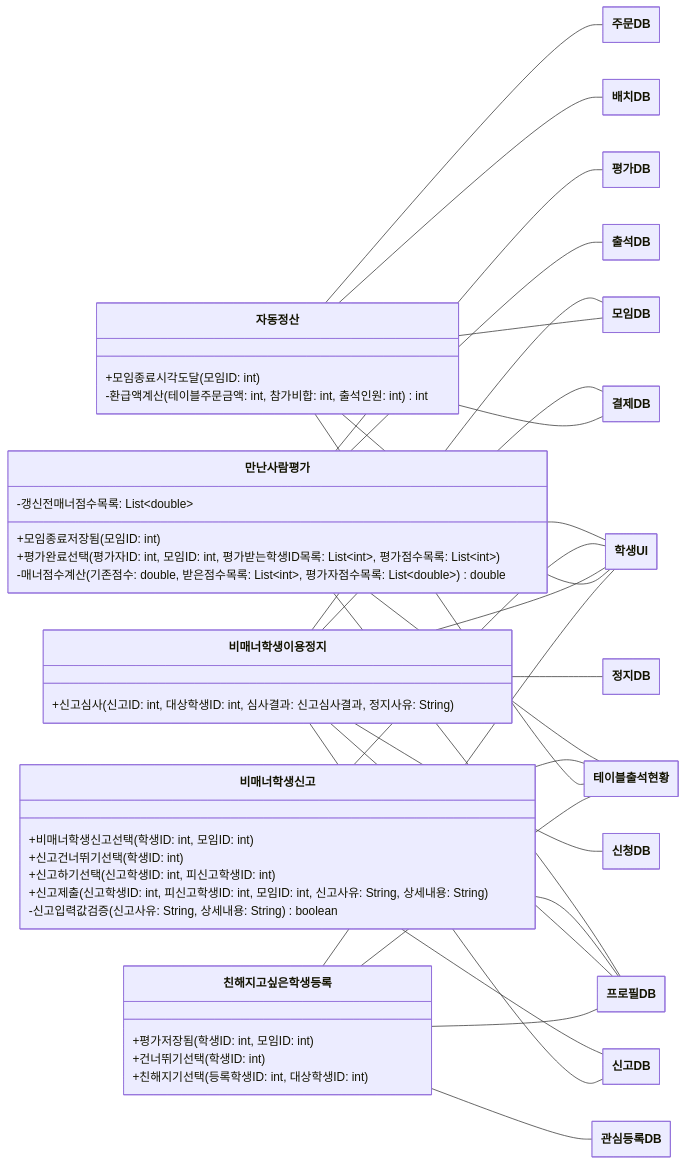
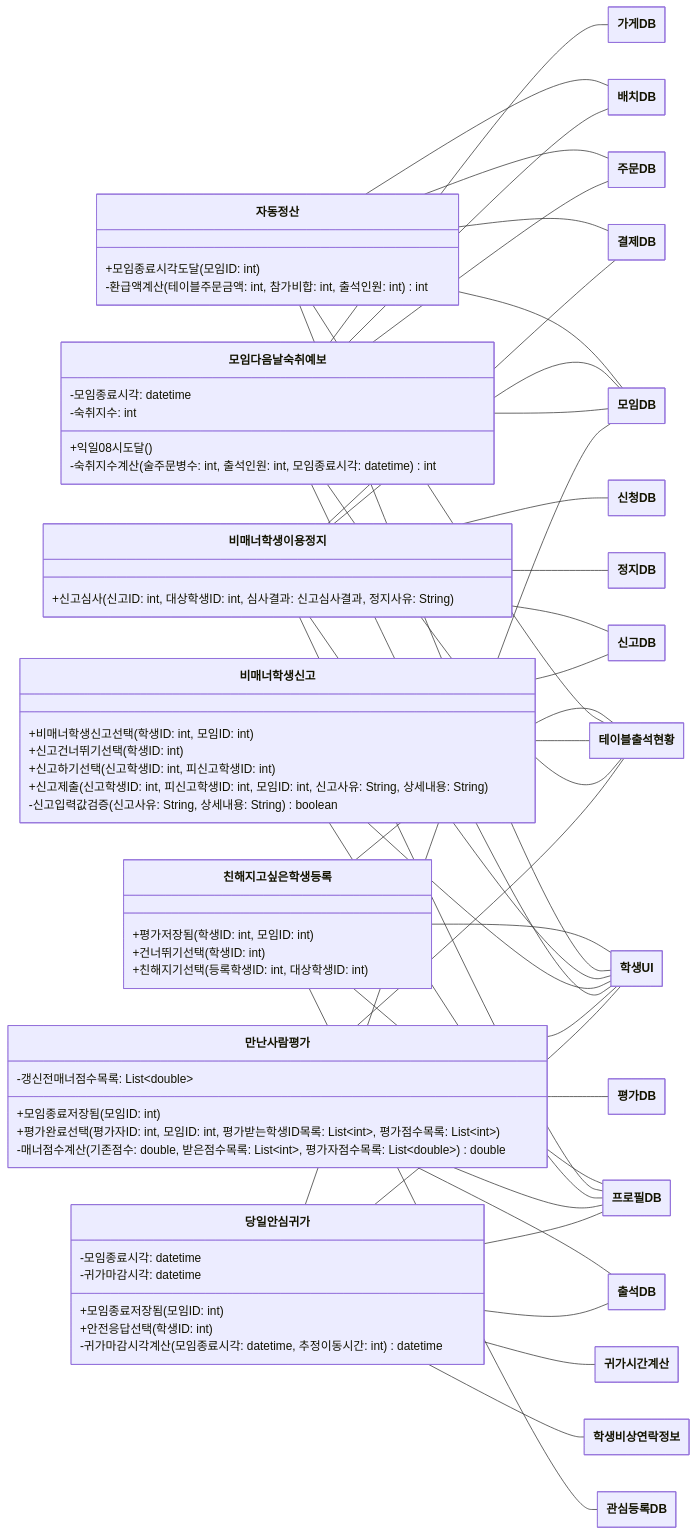
Before and after one commit to hojae3/sw-engineering-16: the fourth of 12 diagrams in class-diagram/class-diagram.md, drawn with Mermaid. The commit also changed other lines of this file and 3 other files, not shown here.

```diff
--- a/class-diagram/class-diagram.md
+++ b/class-diagram/class-diagram.md
@@ -513,8 +444,23 @@
     class MannerSuspension["비매너학생이용정지"] {
         +신고심사(신고ID: int, 대상학생ID: int, 심사결과: 신고심사결과, 정지사유: String)
     }
+    class SafeReturnHome["당일안심귀가"] {
+        -모임종료시각: datetime
+        -귀가마감시각: datetime
+        +모임종료저장됨(모임ID: int)
+        +안전응답선택(학생ID: int)
+        -귀가마감시각계산(모임종료시각: datetime, 추정이동시간: int) datetime
+    }
+    class HangoverForecast["모임다음날숙취예보"] {
+        -모임종료시각: datetime
+        -숙취지수: int
+        +익일08시도달()
+        -숙취지수계산(술주문병수: int, 출석인원: int, 모임종료시각: datetime) int
+    }
+    class StoreDB["가게DB"]
     class PaymentDB["결제DB"]
     class InterestRegistrationDB["관심등록DB"]
+    class ReturnHomeTimeCalc["귀가시간계산"]
     class MeetingDB["모임DB"]
     class ArrangementDB["배치DB"]
     class ReportDB["신고DB"]
@@ -526,16 +472,29 @@
     class EvaluationDB["평가DB"]
     class ProfileDB["프로필DB"]
     class StudentUI["학생UI"]
+    class StudentEmergencyContact["학생비상연락정보"]
+    HangoverForecast -- StoreDB
     MannerSuspension -- PaymentDB
     AutoSettlement -- PaymentDB
     CloseStudentRegistration -- InterestRegistrationDB
+    SafeReturnHome -- ReturnHomeTimeCalc
+    SafeReturnHome -- MeetingDB
+    SafeReturnHome -- AttendanceDB
+    SafeReturnHome -- ProfileDB
+    SafeReturnHome -- StudentUI
+    SafeReturnHome -- StudentEmergencyContact
     MeetingEvaluation -- AttendanceDB
     MeetingEvaluation -- TableAttendanceStatus
     MeetingEvaluation -- EvaluationDB
     MeetingEvaluation -- ProfileDB
     MeetingEvaluation -- StudentUI
+    HangoverForecast -- MeetingDB
     MannerSuspension -- MeetingDB
     AutoSettlement -- MeetingDB
+    HangoverForecast -- ArrangementDB
+    HangoverForecast -- OrderDB
+    HangoverForecast -- TableAttendanceStatus
+    HangoverForecast -- StudentUI
     AutoSettlement -- ArrangementDB
     MannerReport -- ReportDB
     MannerReport -- TableAttendanceStatus
```
